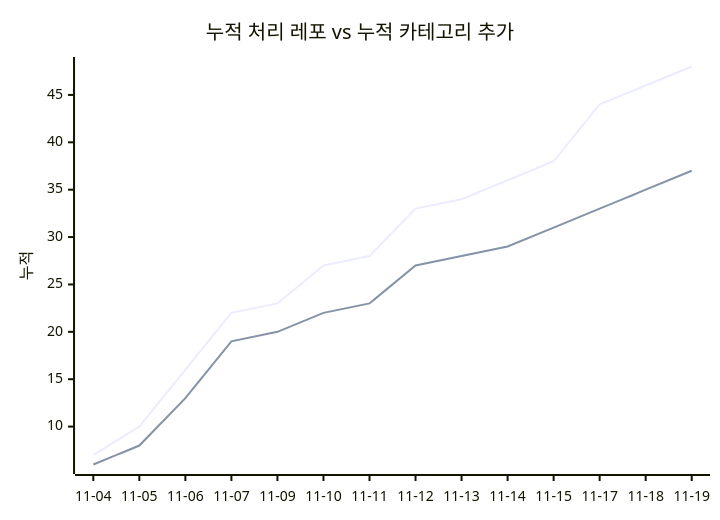
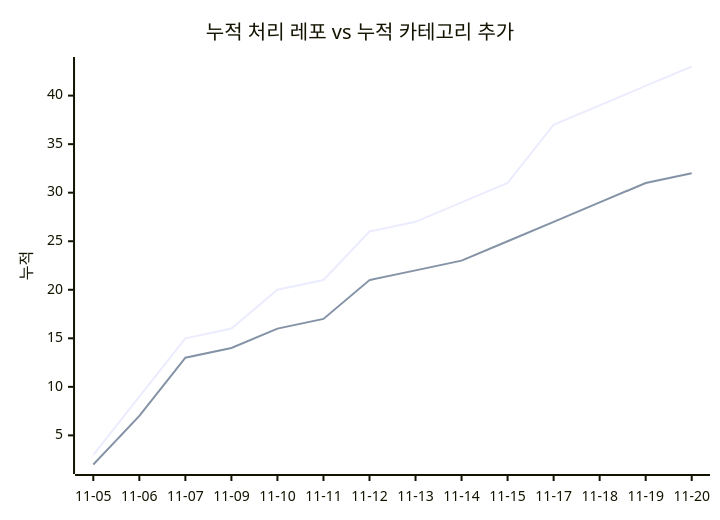
Before and after one commit to J-nowcow/awesome-korean-agent-skills: the second of 2 diagrams in docs/trends.md, drawn with Mermaid. The commit also changed other lines of this file and 4 other files, not shown here.

````diff
--- a/docs/trends.md
+++ b/docs/trends.md
@@ -68,8 +68,8 @@
 ```mermaid
 xychart-beta
     title "누적 처리 레포 vs 누적 카테고리 추가"
-    x-axis ["11-04","11-05","11-06","11-07","11-09","11-10","11-11","11-12","11-13","11-14","11-15","11-17","11-18","11-19"]
+    x-axis ["11-05","11-06","11-07","11-09","11-10","11-11","11-12","11-13","11-14","11-15","11-17","11-18","11-19","11-20"]
     y-axis "누적"
-    line [7,10,16,22,23,27,28,33,34,36,38,44,46,48]
-    line [6,8,13,19,20,22,23,27,28,29,31,33,35,37]
+    line [3,9,15,16,20,21,26,27,29,31,37,39,41,43]
+    line [2,7,13,14,16,17,21,22,23,25,27,29,31,32]
 ```
````
